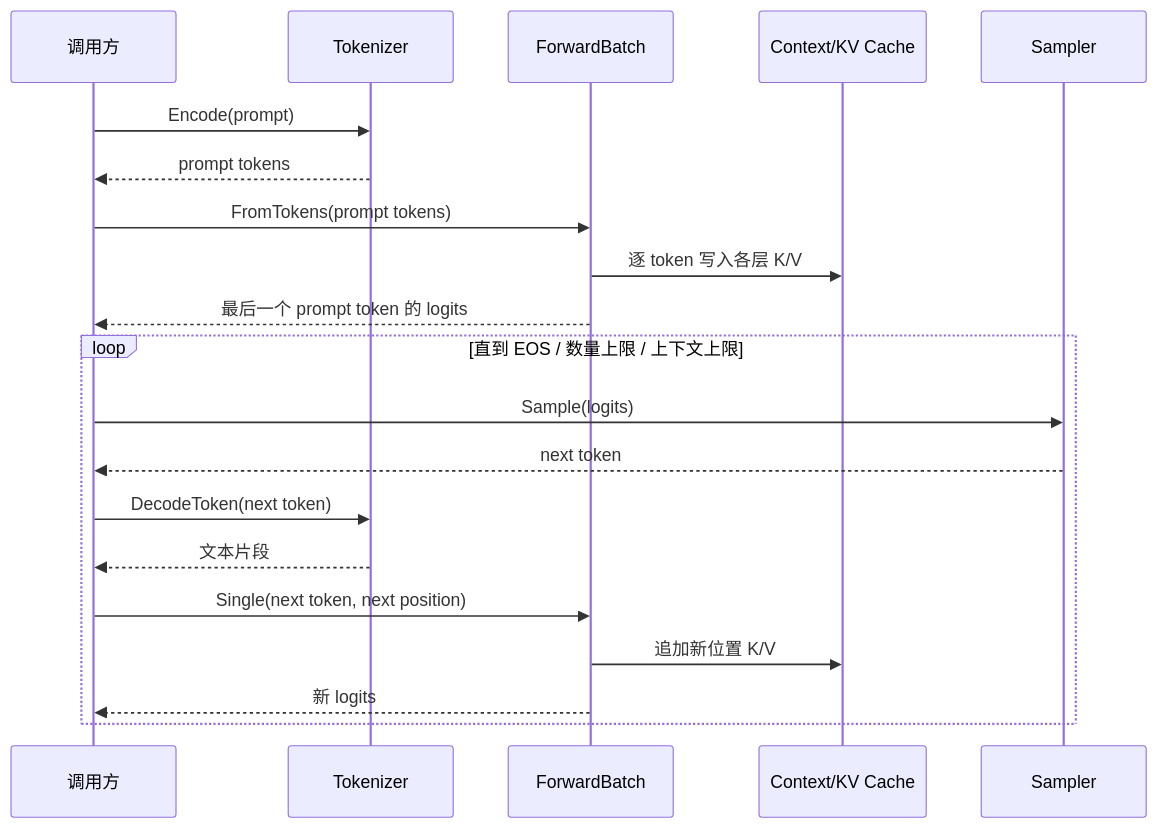
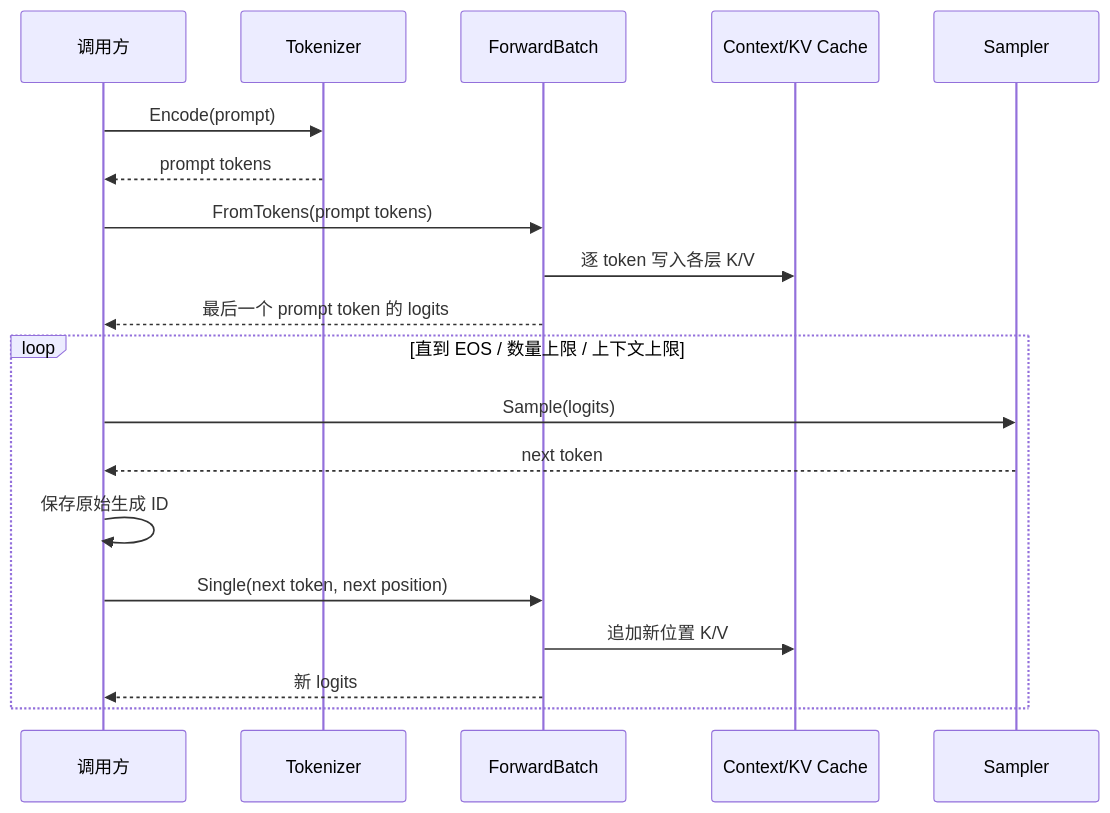
One commit to sdlkf-011/mini-llama changed the second of 3 diagrams in docs/first_major_module_review.md. Above: the diagram before and after it, drawn with Mermaid. The commit also changed other lines of this file and 15 other files, not shown here.

````diff
--- a/docs/first_major_module_review.md
+++ b/docs/first_major_module_review.md
@@ -352,24 +353,23 @@
 ```mermaid
 sequenceDiagram
     participant U as 调用方
     participant T as Tokenizer
     participant F as ForwardBatch
     participant C as Context/KV Cache
     participant S as Sampler
 
     U->>T: Encode(prompt)
     T-->>U: prompt tokens
     U->>F: FromTokens(prompt tokens)
     F->>C: 逐 token 写入各层 K/V
     F-->>U: 最后一个 prompt token 的 logits
 
     loop 直到 EOS / 数量上限 / 上下文上限
         U->>S: Sample(logits)
         S-->>U: next token
-        U->>T: DecodeToken(next token)
-        T-->>U: 文本片段
+        U->>U: 保存原始生成 ID
         U->>F: Single(next token, next position)
         F->>C: 追加新位置 K/V
         F-->>U: 新 logits
     end
 ```
````
